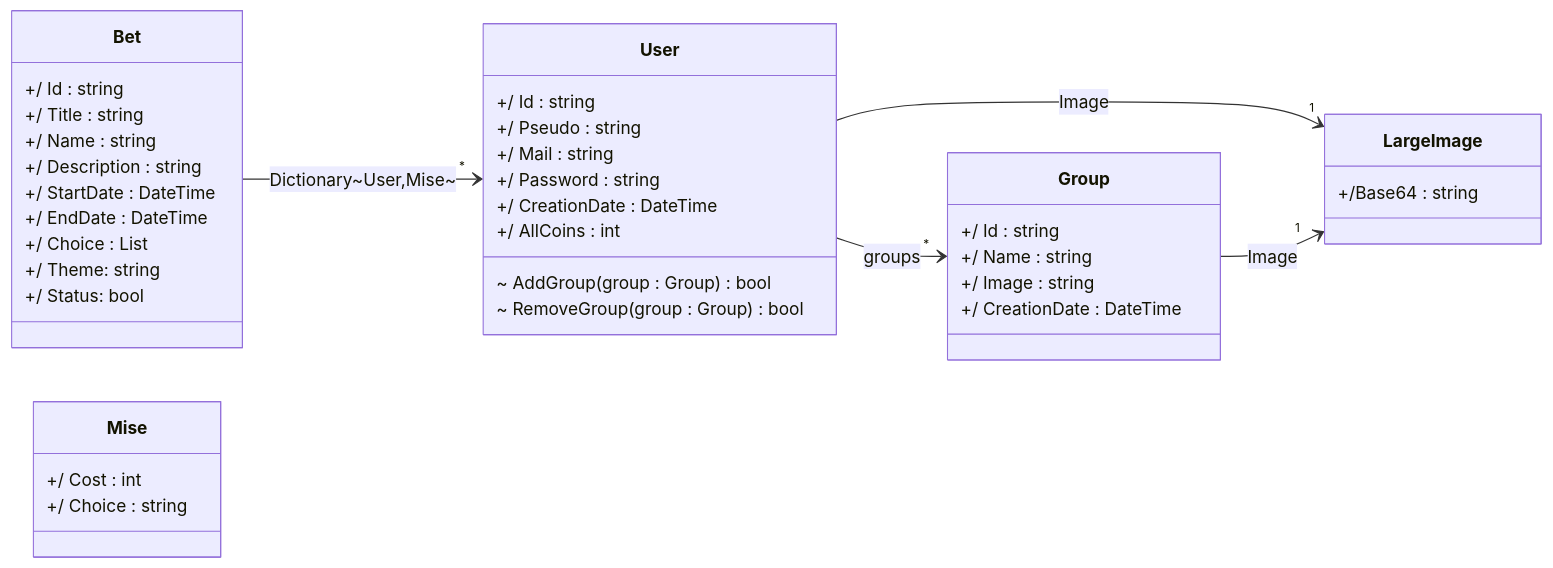
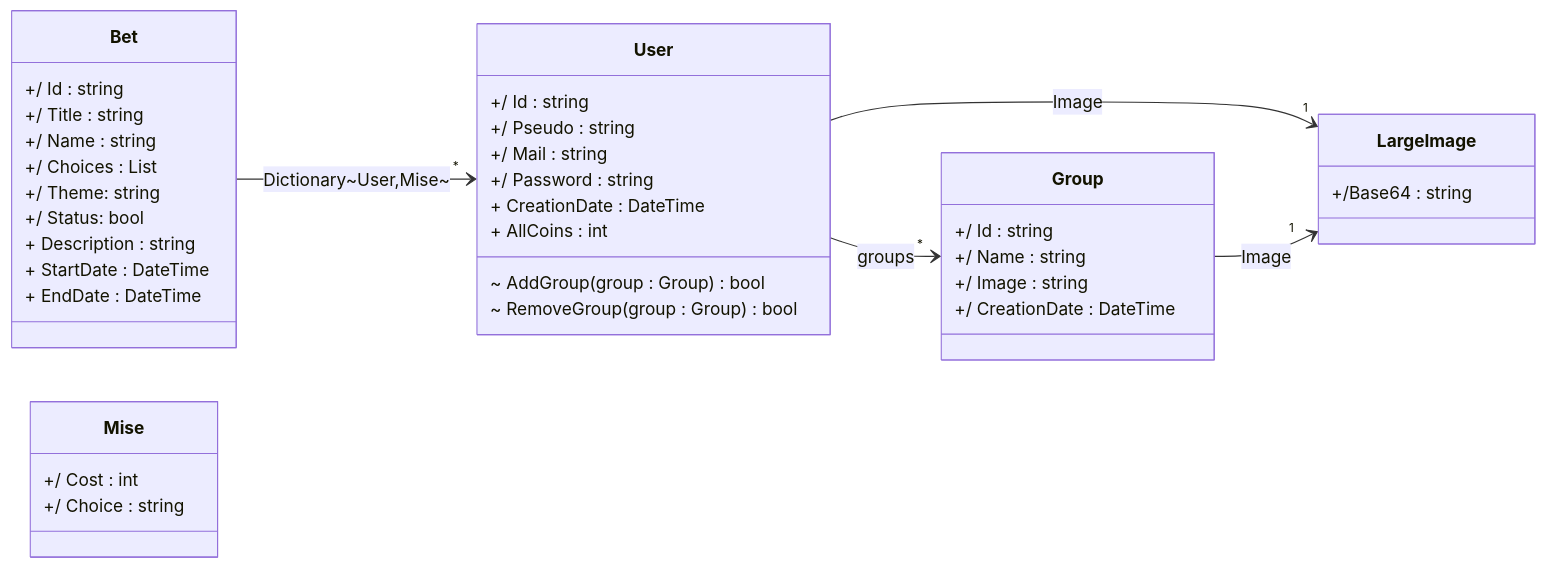
Before and after one commit to Allin-App/Allin-API: the first of 3 diagrams in README.md, drawn with Mermaid.

Commit message:
Mise à jour de 'README.md'

````diff
--- a/README.md
+++ b/README.md
@@ -42,47 +42,47 @@
 ```mermaid
 classDiagram
 direction LR;
 
 class LargeImage{
     +/Base64 : string
 }
 
 class User{
     +/ Id : string
     +/ Pseudo : string
     +/ Mail : string
     +/ Password : string
-    +/ CreationDate : DateTime
-    +/ AllCoins : int
+    + CreationDate : DateTime
+    + AllCoins : int
     ~ AddGroup(group : Group) bool
     ~ RemoveGroup(group : Group) bool
 }
 User --> "1" LargeImage : Image
 Group --> "1" LargeImage : Image
 
 class Bet{
     +/ Id : string    
     +/ Title : string
     +/ Name : string
-    +/ Description : string
-    +/ StartDate : DateTime
-    +/ EndDate : DateTime
-    +/ Choice : List<string>
+    +/ Choices : List<string>
     +/ Theme: string
     +/ Status: bool
+    + Description : string
+    + StartDate : DateTime
+    + EndDate : DateTime
 }
 Bet --> "*" User : Dictionary~User,Mise~
 
 class Mise{
     +/ Cost : int    
     +/ Choice : string
 }
 
 class Group{
     +/ Id : string
     +/ Name : string    
     +/ Image : string
     +/ CreationDate : DateTime
 }
 User --> "*" Group : groups
 ```
````
